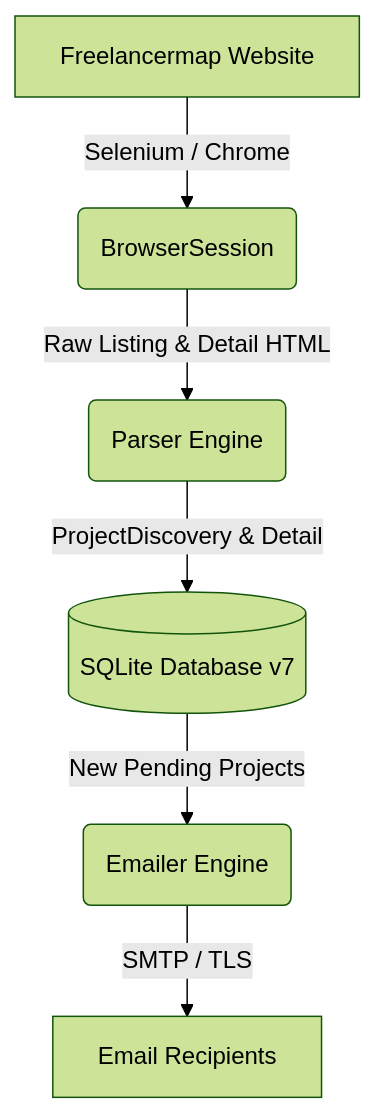
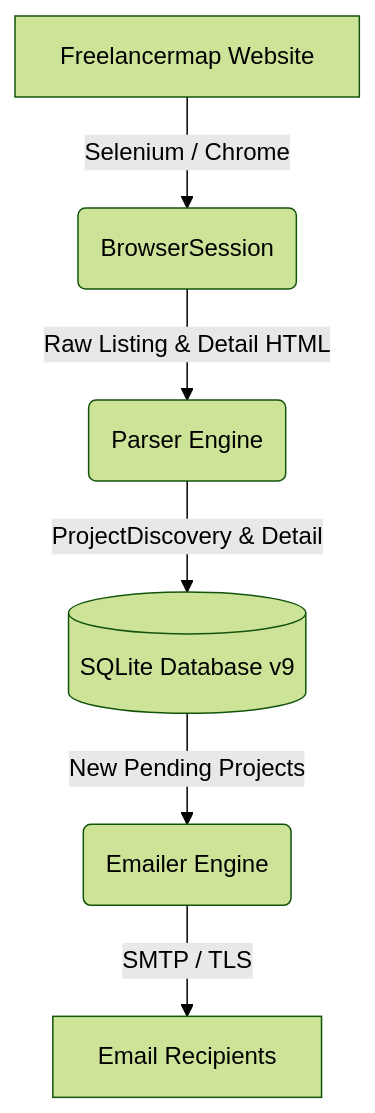
One commit to Paramount-Intelligence/freelancermap-monitor changed the diagram in README.md. Above: the diagram before and after it, drawn with Mermaid (forest theme). The commit also changed other lines of this file and 10 other files, not shown here.

````diff
--- a/README.md
+++ b/README.md
@@ -26,8 +29,8 @@
 ```mermaid
 flowchart TD
     A[Freelancermap Website] -->|Selenium / Chrome| B(BrowserSession)
     B -->|Raw Listing & Detail HTML| C(Parser Engine)
-    C -->|ProjectDiscovery & Detail| D[(SQLite Database v7)]
+    C -->|ProjectDiscovery & Detail| D[(SQLite Database v9)]
     D -->|New Pending Projects| E(Emailer Engine)
     E -->|SMTP / TLS| F[Email Recipients]
 ```
````
